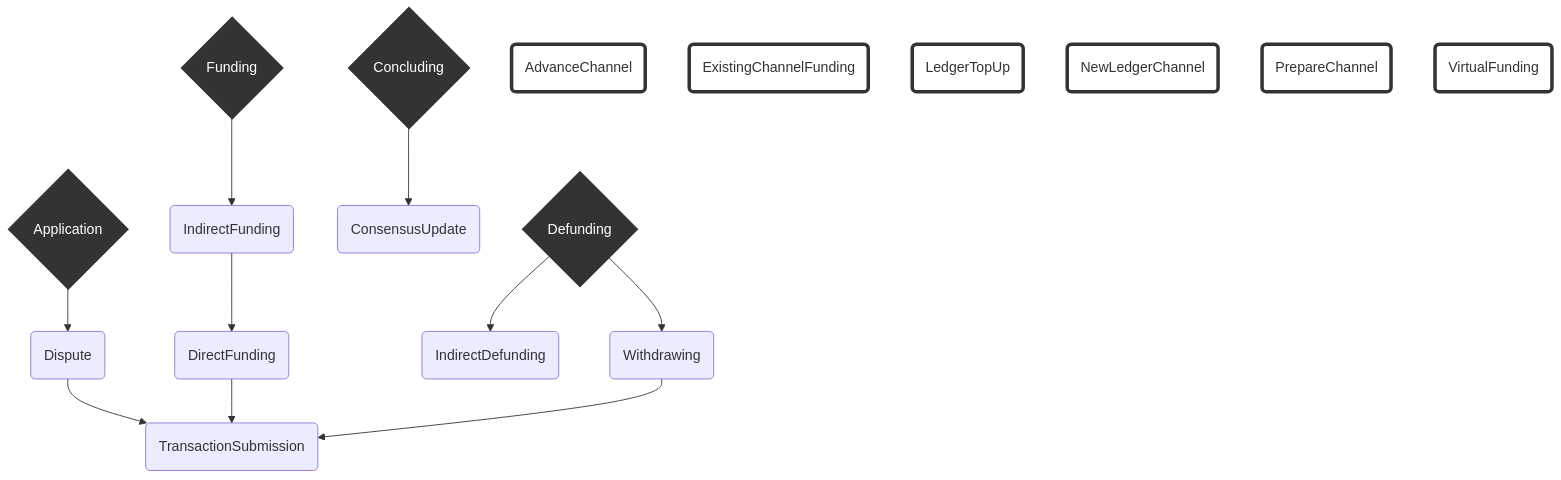
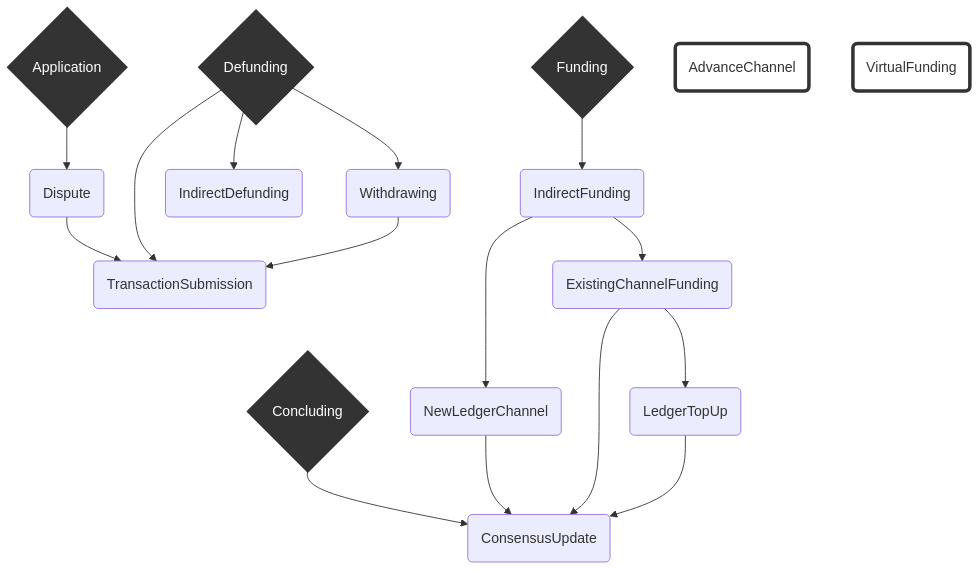
Before and after one commit to statechannels/statechannels: the diagram in packages/rps/packages/wallet/notes/index.md, drawn with Mermaid. The commit also changed 17 other files, not shown here.

First line of the commit message:
Merge pull request #560 from magmo/ag-ledger-top-up-redesign

````diff
--- a/packages/rps/packages/wallet/notes/index.md
+++ b/packages/rps/packages/wallet/notes/index.md
@@ -31,37 +31,44 @@
 ```mermaid
 graph TD
   linkStyle default interpolate basis
 
     A{Application}--> D
     F{Funding}--> idF(IndirectFunding)
 
     D(Dispute)--> TS
 
 
     C{Concluding}-->CU(ConsensusUpdate)
 
-    idF --> dF(DirectFunding)
+    idF -->  ECF(ExistingChannelFunding)
+    idF --> NLC(NewLedgerChannel)
+
+    NLC --> CU(ConsensusUpdate)
+
+    ECF --> LTU(LedgerTopUp)
+    ECF --> CU(ConsensusUpdate)
+    LTU --> CU(ConsensusUpdate)
 
     Df{Defunding}-->idDf(IndirectDefunding)
     Df-->W(Withdrawing)
 
-    dF-->TS(TransactionSubmission)
+    Df-->TS(TransactionSubmission)
 
     W-->TS
 
     AC(AdvanceChannel)
-    ECF(ExistingChannelFunding)
+
     LTU(LedgerTopUp)
-    NLC(NewLedgerChannel)
-    PC(PrepareChannel)
+
+
     VF(VirtualFunding)
 
     classDef TopLevelProtocol stroke:#333,stroke-width:4px,color:#ffff,fill:#333;
 
     classDef OrphanProtocol stroke:#333,stroke-width:4px,fill:#0000;
 
     class A,F,C,Df TopLevelProtocol
-    class AC,ECF,LTU,NLC,PC,VF OrphanProtocol
+    class AC,PC,VF OrphanProtocol
 
 
 ```
````
